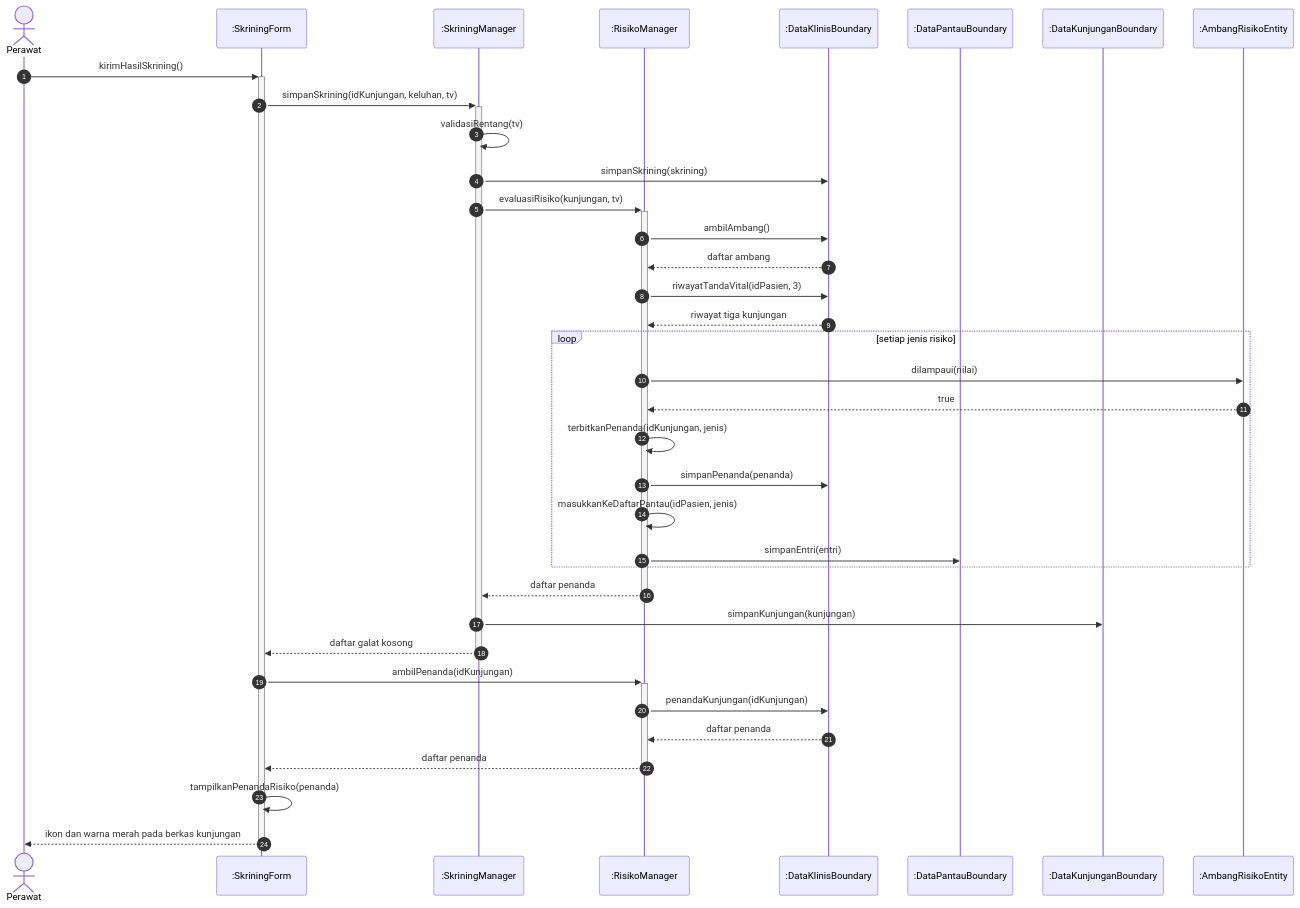
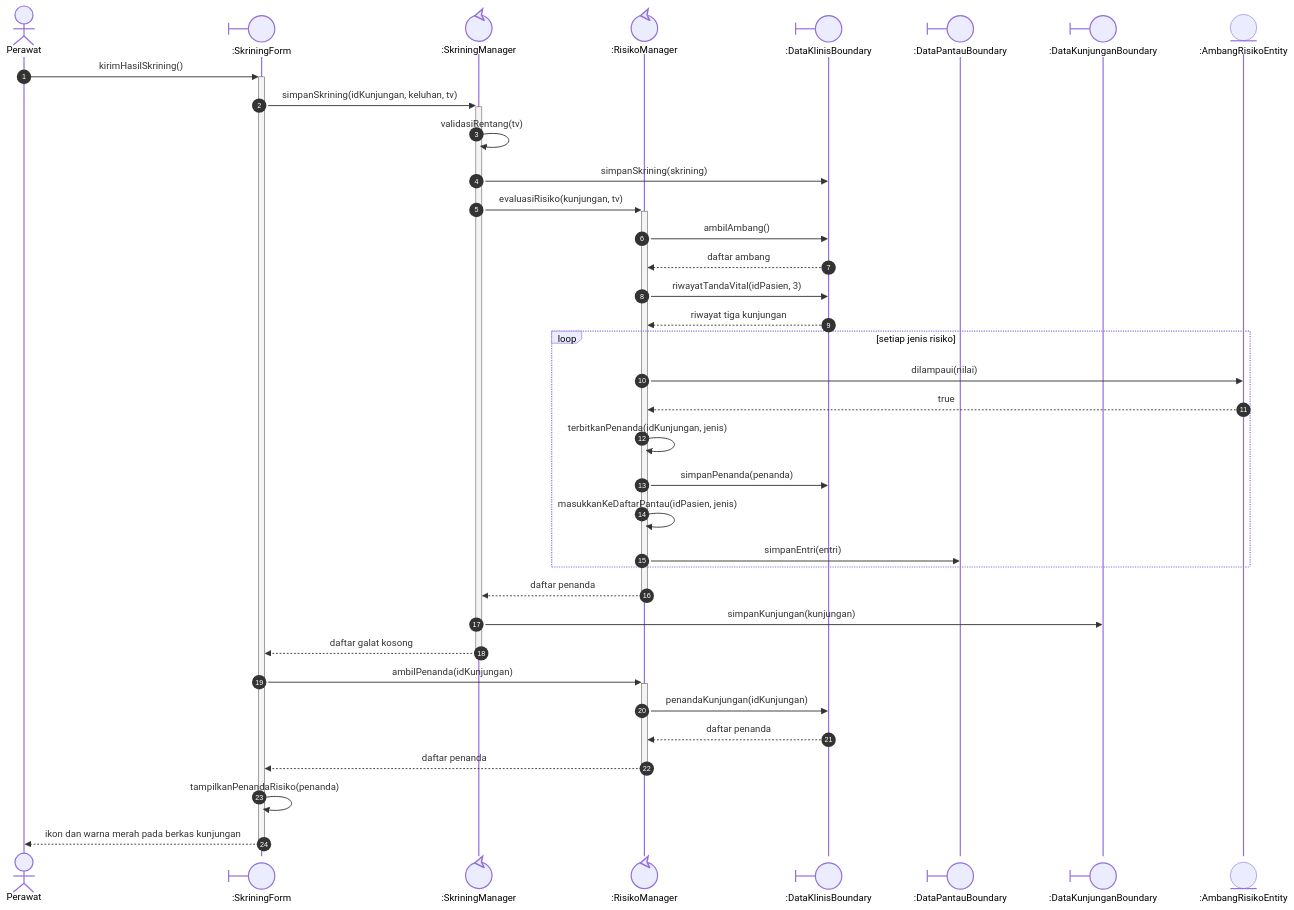
One commit to angseleong/IF2150-RPL-K02-G09 changed the diagram in docs/M7/assets/diagram/src/sequence-uc04-alt3.mmd. Above: the diagram before and after it, drawn with Mermaid. The commit also changed 59 other files, not shown here.

Commit message:
docs(m7): gambar ulang sequence UC01-UC06 dengan notasi BCE dan pangkas diagram kelas

```diff
--- a/docs/M7/assets/diagram/src/sequence-uc04-alt3.mmd
+++ b/docs/M7/assets/diagram/src/sequence-uc04-alt3.mmd
@@ -1,36 +1,36 @@
 sequenceDiagram
   autonumber
   actor A as Perawat
-  participant SkriningForm as :SkriningForm
-  participant SkriningManager as :SkriningManager
-  participant RisikoManager as :RisikoManager
-  participant DataKlinisBoundary as :DataKlinisBoundary
-  participant DataPantauBoundary as :DataPantauBoundary
-  participant DataKunjunganBoundary as :DataKunjunganBoundary
-  participant AmbangRisikoEntity as :AmbangRisikoEntity
+  participant SkriningForm@{ "type": "boundary" } as :SkriningForm
+  participant SkriningManager@{ "type": "control" } as :SkriningManager
+  participant RisikoManager@{ "type": "control" } as :RisikoManager
+  participant DataKlinisBoundary@{ "type": "boundary" } as :DataKlinisBoundary
+  participant DataPantauBoundary@{ "type": "boundary" } as :DataPantauBoundary
+  participant DataKunjunganBoundary@{ "type": "boundary" } as :DataKunjunganBoundary
+  participant AmbangRisikoEntity@{ "type": "entity" } as :AmbangRisikoEntity
   A->>+SkriningForm: kirimHasilSkrining()
   SkriningForm->>+SkriningManager: simpanSkrining(idKunjungan, keluhan, tv)
   SkriningManager->>SkriningManager: validasiRentang(tv)
   SkriningManager->>DataKlinisBoundary: simpanSkrining(skrining)
   SkriningManager->>+RisikoManager: evaluasiRisiko(kunjungan, tv)
   RisikoManager->>DataKlinisBoundary: ambilAmbang()
   DataKlinisBoundary-->>RisikoManager: daftar ambang
   RisikoManager->>DataKlinisBoundary: riwayatTandaVital(idPasien, 3)
   DataKlinisBoundary-->>RisikoManager: riwayat tiga kunjungan
   loop setiap jenis risiko
     RisikoManager->>AmbangRisikoEntity: dilampaui(nilai)
     AmbangRisikoEntity-->>RisikoManager: true
     RisikoManager->>RisikoManager: terbitkanPenanda(idKunjungan, jenis)
     RisikoManager->>DataKlinisBoundary: simpanPenanda(penanda)
     RisikoManager->>RisikoManager: masukkanKeDaftarPantau(idPasien, jenis)
     RisikoManager->>DataPantauBoundary: simpanEntri(entri)
   end
   RisikoManager-->>-SkriningManager: daftar penanda
   SkriningManager->>DataKunjunganBoundary: simpanKunjungan(kunjungan)
   SkriningManager-->>-SkriningForm: daftar galat kosong
   SkriningForm->>+RisikoManager: ambilPenanda(idKunjungan)
   RisikoManager->>DataKlinisBoundary: penandaKunjungan(idKunjungan)
   DataKlinisBoundary-->>RisikoManager: daftar penanda
   RisikoManager-->>-SkriningForm: daftar penanda
   SkriningForm->>SkriningForm: tampilkanPenandaRisiko(penanda)
   SkriningForm-->>-A: ikon dan warna merah pada berkas kunjungan
```
